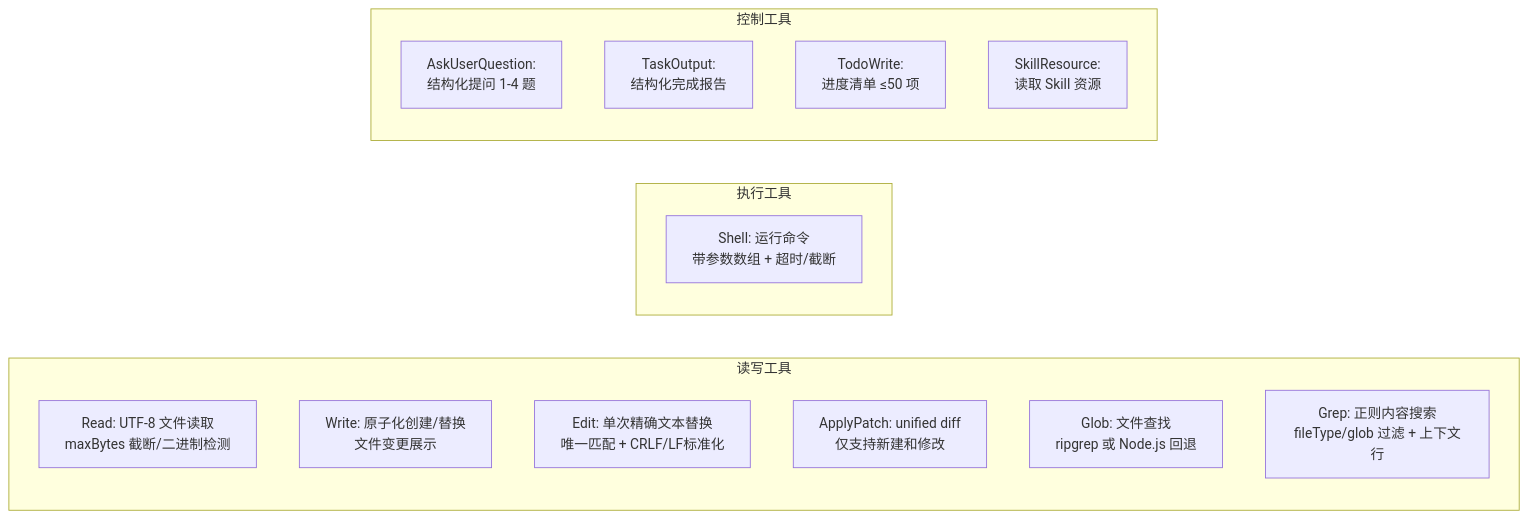
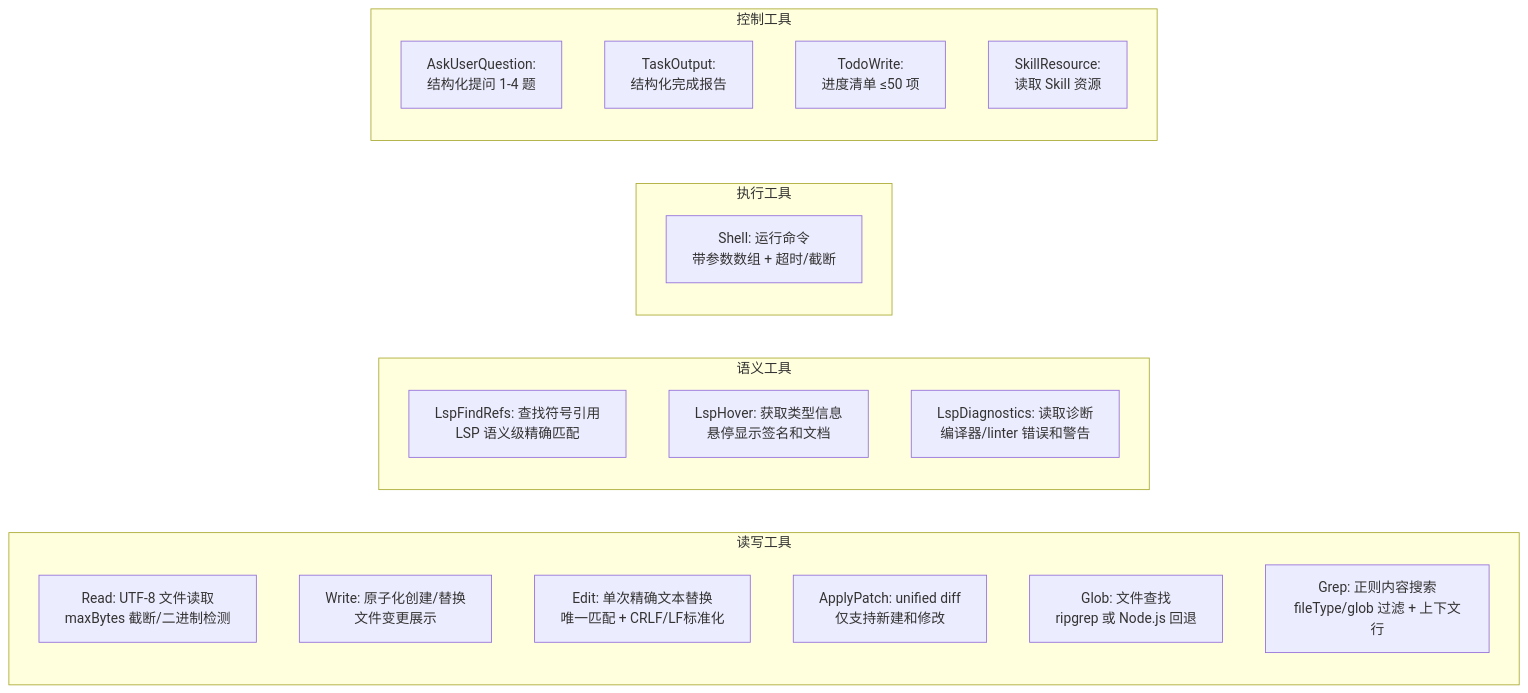
The eighth of 22 diagrams in 技术方案报告.md (YachuanWzh/flavor-code), drawn with Mermaid before and after one commit. The commit also changed other lines of this file and 11 other files, not shown here.

````diff
--- a/技术方案报告.md
+++ b/技术方案报告.md
@@ -535,22 +535,28 @@
 ```mermaid
 flowchart LR
     subgraph "读写工具"
         READ[Read: UTF-8 文件读取<br/>maxBytes 截断/二进制检测]
         WRITE[Write: 原子化创建/替换<br/>文件变更展示]
         EDIT[Edit: 单次精确文本替换<br/>唯一匹配 + CRLF/LF标准化]
         PATCH[ApplyPatch: unified diff<br/>仅支持新建和修改]
         GLOB[Glob: 文件查找<br/>ripgrep 或 Node.js 回退]
         GREP[Grep: 正则内容搜索<br/>fileType/glob 过滤 + 上下文行]
+    end
+
+    subgraph "语义工具"
+        LSP_REF[LspFindRefs: 查找符号引用<br/>LSP 语义级精确匹配]
+        LSP_HOV[LspHover: 获取类型信息<br/>悬停显示签名和文档]
+        LSP_DIAG[LspDiagnostics: 读取诊断<br/>编译器/linter 错误和警告]
     end
 
     subgraph "执行工具"
         SHELL[Shell: 运行命令<br/>带参数数组 + 超时/截断]
     end
 
     subgraph "控制工具"
         ASK[AskUserQuestion:<br/>结构化提问 1-4 题]
         OUTPUT[TaskOutput:<br/>结构化完成报告]
         TODO[TodoWrite:<br/>进度清单 ≤50 项]
         SKILL_RES[SkillResource:<br/>读取 Skill 资源]
     end
 ```
````
